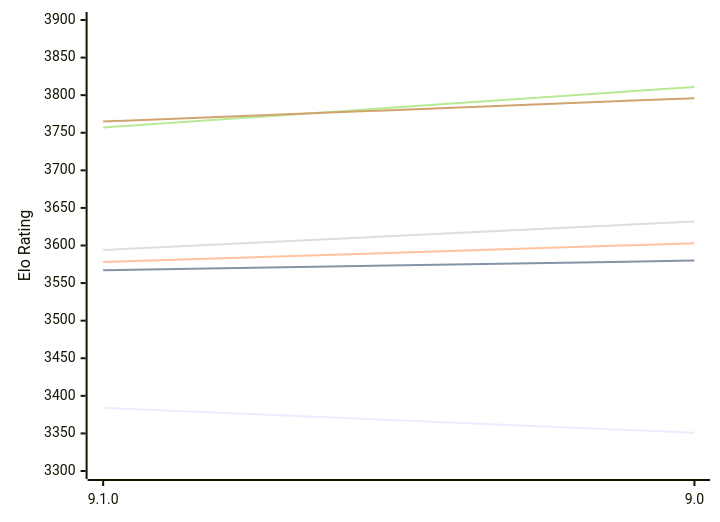
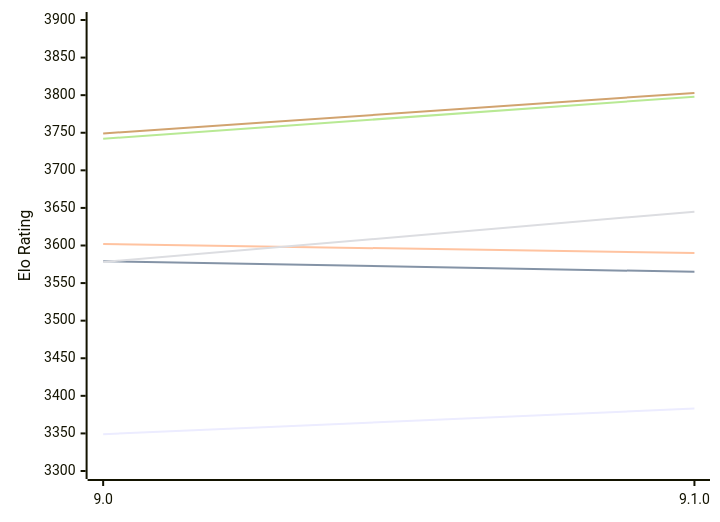
The first of 2 diagrams in engines/Alexandria.md (computer-chess-index/cci), drawn with Mermaid before and after one commit. The commit also changed other lines of this file, not shown here.

Commit message:
Update CCI Ratings (ELO VLTC) - 2026-10-11

````diff
--- a/engines/Alexandria.md
+++ b/engines/Alexandria.md
@@ -54,12 +54,12 @@
 ```mermaid
 %%{init: {"theme":"base","themeVariables":{"seriesColors:['#a3a3a3','#222221','#faa371']}}}%%
 xychart-beta
-  x-axis ["9.1.0", "9.0"]
+  x-axis ["9.0", "9.1.0"]
   y-axis "Elo Rating" 3300 --> 3900
-  line "E1: STC (8.0+0.08s)" [3384, 3351]
-  line "E1: LTC (60.0+0.60s)" [3567, 3580]
-  line "E1: VLTC (2m24s+1.12s)" [3578, 3603]
-  line "P1: STC (8.0+0.08s)" [3594, 3632]
-  line "P1: LTC (60.0+0.60s)" [3757, 3811]
-  line "P1: VLTC (2m24s+1.12s)" [3765, 3796]
+  line "E1: STC (8.0+0.08s)" [3349, 3383]
+  line "E1: LTC (60.0+0.60s)" [3579, 3565]
+  line "E1: VLTC (2m24s+1.12s)" [3602, 3590]
+  line "P1: STC (8.0+0.08s)" [3578, 3645]
+  line "P1: LTC (60.0+0.60s)" [3742, 3798]
+  line "P1: VLTC (2m24s+1.12s)" [3749, 3803]
 ```
````
